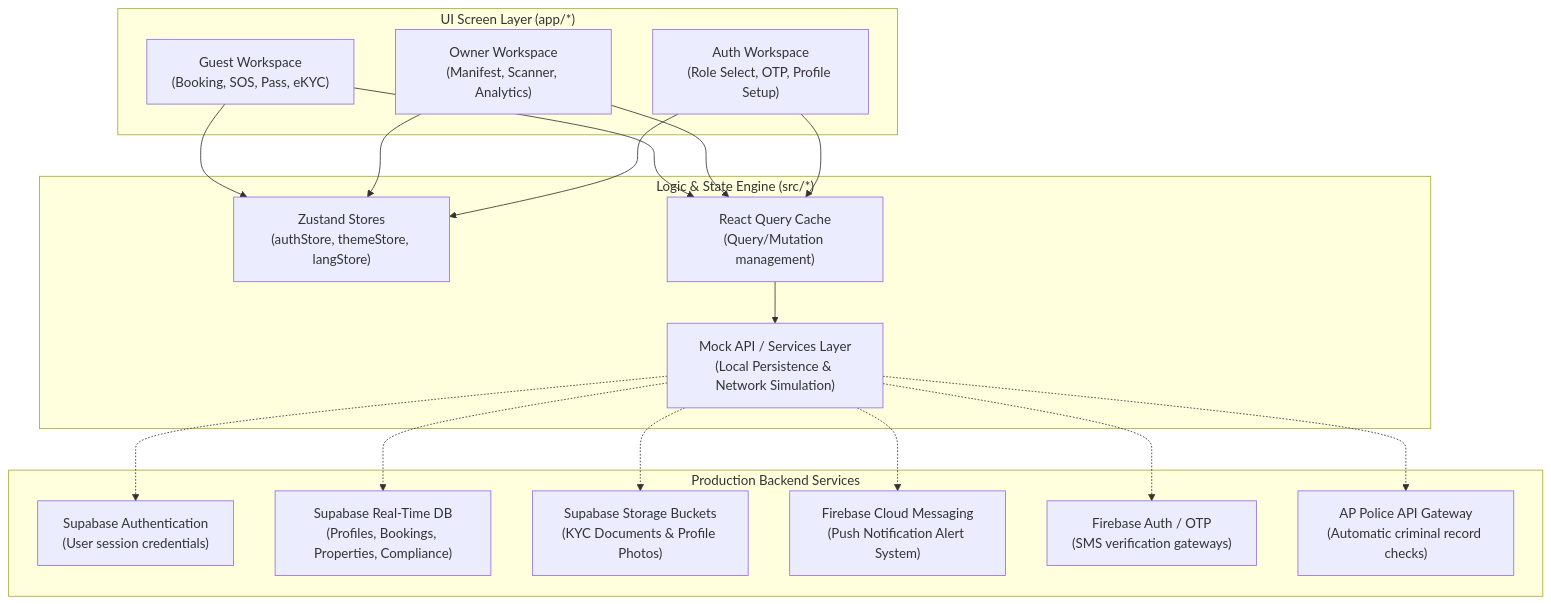
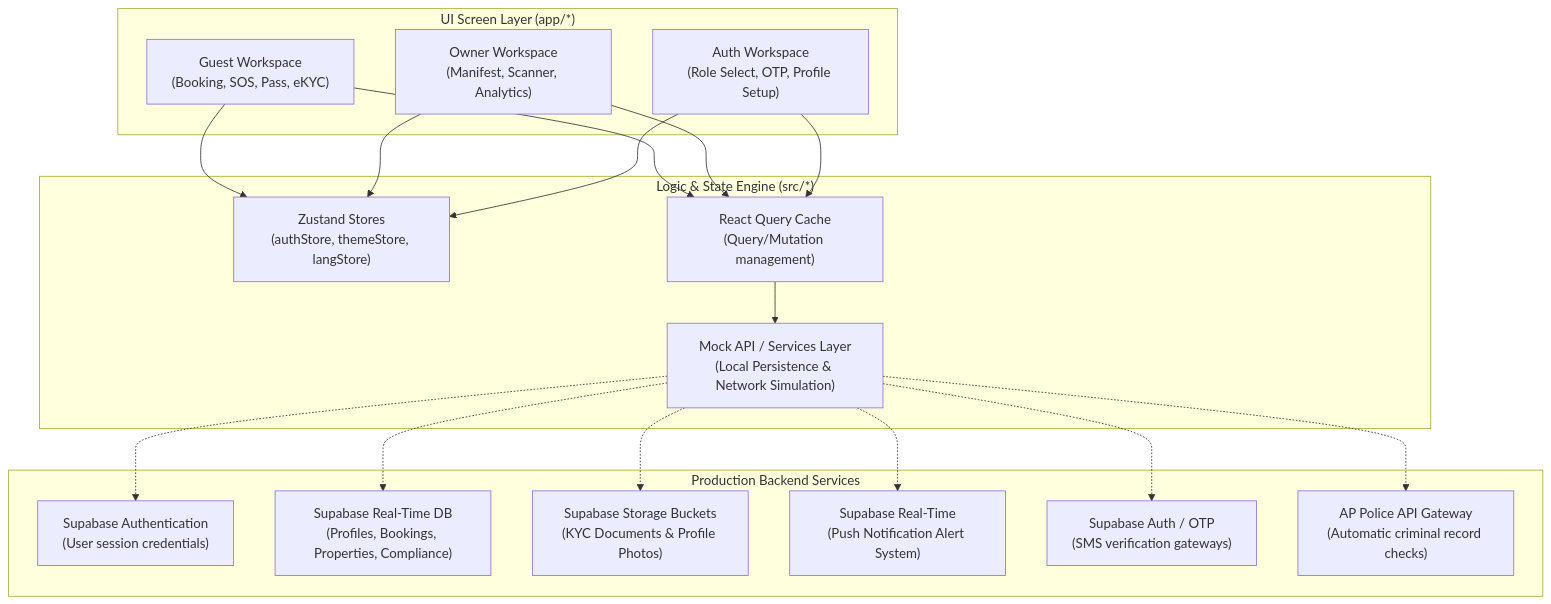
One commit to salarkhan2003/safeStayAP changed the diagram in README.md. Above: the diagram before and after it, drawn with Mermaid. The commit also changed other lines of this file and 1 other file, not shown here.

````diff
--- a/README.md
+++ b/README.md
@@ -32,38 +31,38 @@
 ```mermaid
 graph TD
     %% Mobile App Components
     subgraph UI_Layer["UI Screen Layer (app/*)"]
         GuestView["Guest Workspace<br>(Booking, SOS, Pass, eKYC)"]
         OwnerView["Owner Workspace<br>(Manifest, Scanner, Analytics)"]
         AuthView["Auth Workspace<br>(Role Select, OTP, Profile Setup)"]
     end
 
     subgraph Logic_Layer["Logic & State Engine (src/*)"]
         Store["Zustand Stores<br>(authStore, themeStore, langStore)"]
         Cache["React Query Cache<br>(Query/Mutation management)"]
         API["Mock API / Services Layer<br>(Local Persistence & Network Simulation)"]
     end
 
     %% External Backends
     subgraph Backend_Services["Production Backend Services"]
         SupaAuth["Supabase Authentication<br>(User session credentials)"]
         SupaDB["Supabase Real-Time DB<br>(Profiles, Bookings, Properties, Compliance)"]
         SupaStore["Supabase Storage Buckets<br>(KYC Documents & Profile Photos)"]
-        FCM["Firebase Cloud Messaging<br>(Push Notification Alert System)"]
-        FireAuth["Firebase Auth / OTP<br>(SMS verification gateways)"]
+        RT["Supabase Real-Time<br>(Push Notification Alert System)"]
+        SupaOTP["Supabase Auth / OTP<br>(SMS verification gateways)"]
         PoliceApi["AP Police API Gateway<br>(Automatic criminal record checks)"]
     end
 
     %% Flows
     GuestView & OwnerView & AuthView --> Store
     GuestView & OwnerView & AuthView --> Cache
     Cache --> API
 
     %% Backend links
     API -.-> SupaAuth
     API -.-> SupaDB
     API -.-> SupaStore
-    API -.-> FCM
-    API -.-> FireAuth
+    API -.-> RT
+    API -.-> SupaOTP
     API -.-> PoliceApi
 ```
````
